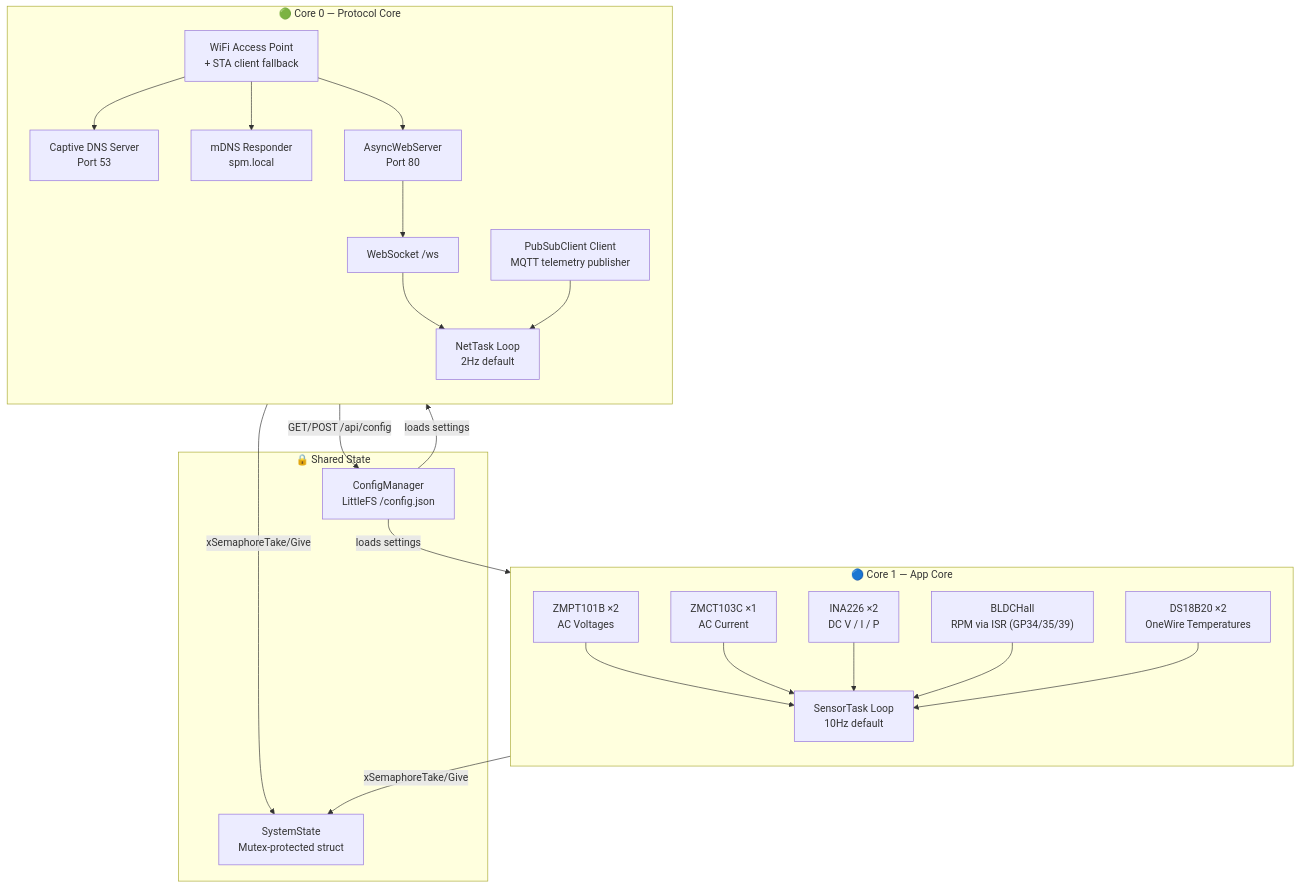
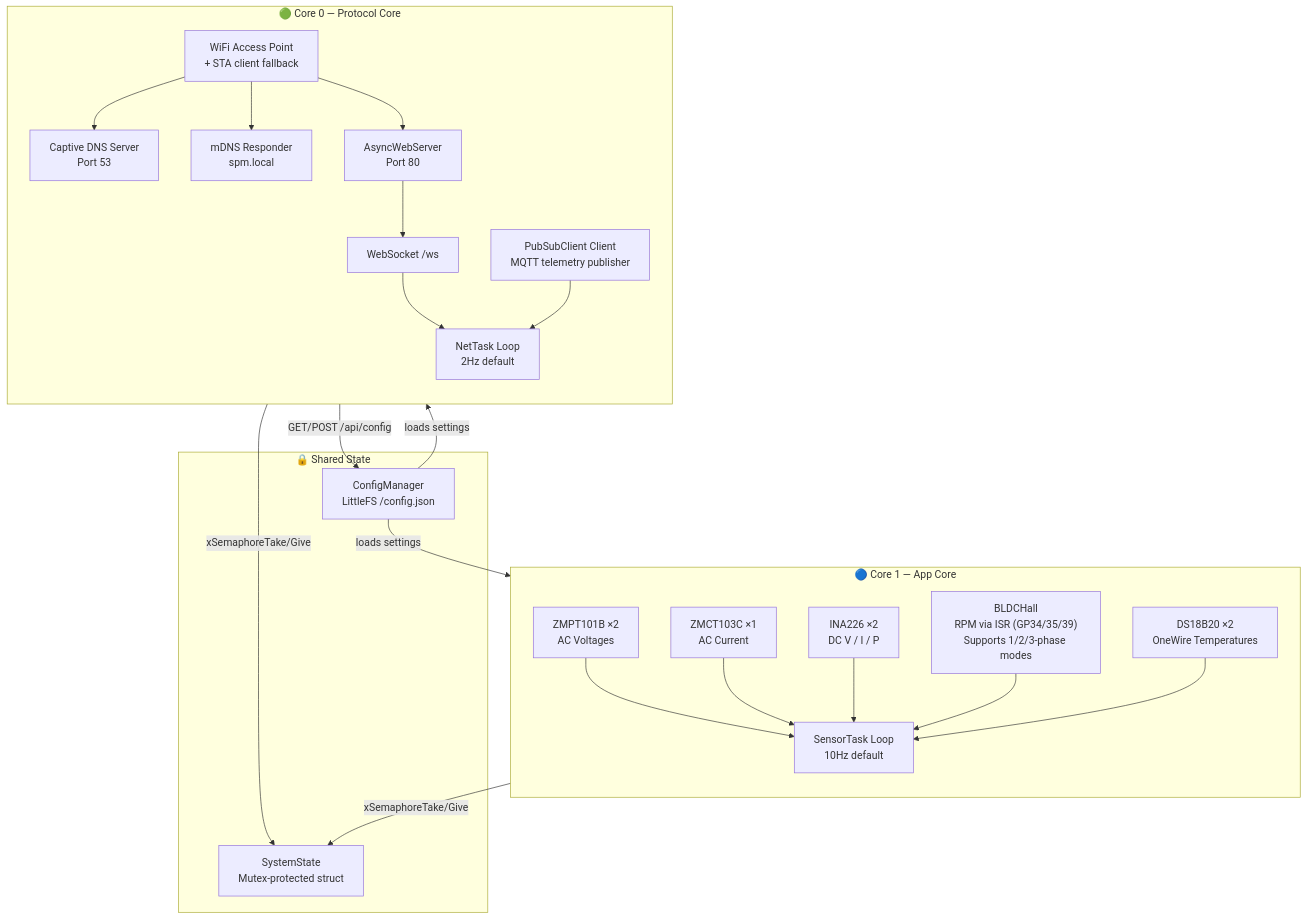
One commit to SepTGut/MonitoringESP32-cl changed the diagram in README.md. Above: the diagram before and after it, drawn with Mermaid. The commit also changed other lines of this file and 4 other files, not shown here.

````diff
--- a/README.md
+++ b/README.md
@@ -87,46 +87,46 @@
 ```mermaid
 flowchart TB
     subgraph CORE1["🔵 Core 1 — App Core"]
         direction TB
         ZMPT["ZMPT101B ×2<br/>AC Voltages"]
         ZMCT["ZMCT103C ×1<br/>AC Current"]
         INA["INA226 ×2<br/>DC V / I / P"]
-        HALL["BLDCHall<br/>RPM via ISR (GP34/35/39)"]
+        HALL["BLDCHall<br/>RPM via ISR (GP34/35/39)<br/>Supports 1/2/3-phase modes"]
         DS18["DS18B20 ×2<br/>OneWire Temperatures"]
         ST[SensorTask Loop<br/>10Hz default]
         ZMPT --> ST
         ZMCT --> ST
         INA --> ST
         HALL --> ST
         DS18 --> ST
     end
 
     subgraph CORE0["🟢 Core 0 — Protocol Core"]
         direction TB
         WIFI[WiFi Access Point<br/>+ STA client fallback]
         DNS[Captive DNS Server<br/>Port 53]
         MDNS[mDNS Responder<br/>spm.local]
         MQTT[PubSubClient Client<br/>MQTT telemetry publisher]
         WEB[AsyncWebServer<br/>Port 80]
         WS[WebSocket /ws]
         
         WIFI --> DNS
         WIFI --> MDNS
         WIFI --> WEB
         WEB --> WS
         NT[NetTask Loop<br/>2Hz default]
         WS --> NT
         MQTT --> NT
     end
 
     subgraph SHARED["🔒 Shared State"]
         SS[SystemState<br/>Mutex-protected struct]
         CM[ConfigManager<br/>LittleFS /config.json]
     end
 
     ST -->|"xSemaphoreTake/Give"| SS
     NT -->|"xSemaphoreTake/Give"| SS
     CM -->|"loads settings"| ST
     CM -->|"loads settings"| NT
     WEB -->|"GET/POST /api/config"| CM
 ```
````
